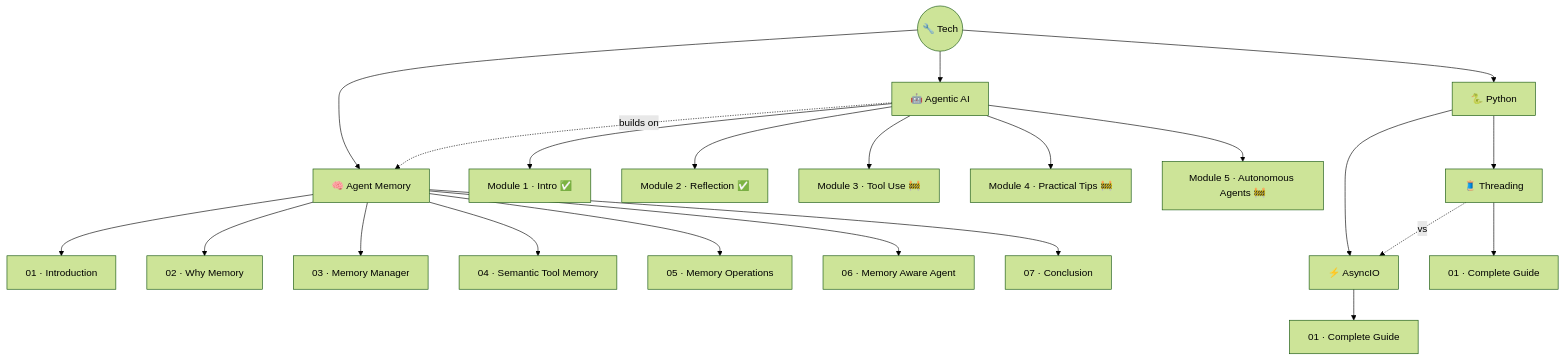
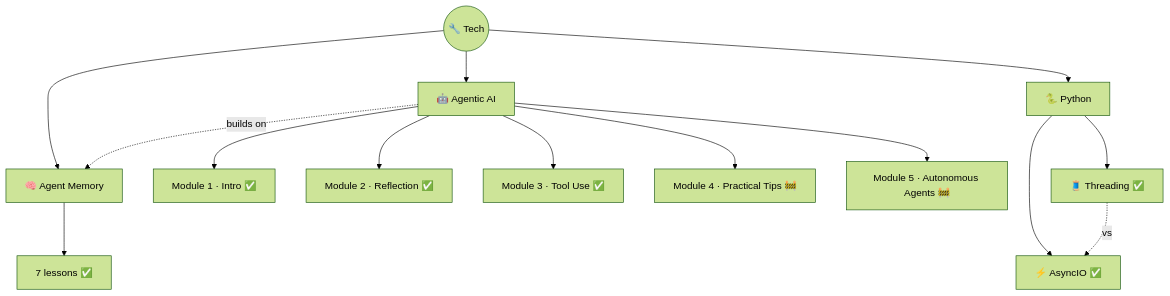
One commit to AyushSonuu/my-memory changed the diagram in _maps/tech.md. Above: the diagram before and after it, drawn with Mermaid (forest theme). The commit also changed other lines of this file and 206 other files, not shown here.

````diff
--- a/_maps/tech.md
+++ b/_maps/tech.md
@@ -5,30 +5,21 @@
 ```mermaid
 graph TB
     T(("🔧 Tech"))
     T --> AG["🤖 Agentic AI"]
     T --> AM["🧠 Agent Memory"]
     T --> PY["🐍 Python"]
     
     AG --> M1["Module 1 · Intro ✅"]
     AG --> M2["Module 2 · Reflection ✅"]
-    AG --> M3["Module 3 · Tool Use 🚧"]
+    AG --> M3["Module 3 · Tool Use ✅"]
     AG --> M4["Module 4 · Practical Tips 🚧"]
     AG --> M5["Module 5 · Autonomous Agents 🚧"]
 
-    AM --> L1["01 · Introduction"]
-    AM --> L2["02 · Why Memory"]
-    AM --> L3["03 · Memory Manager"]
-    AM --> L4["04 · Semantic Tool Memory"]
-    AM --> L5["05 · Memory Operations"]
-    AM --> L6["06 · Memory Aware Agent"]
-    AM --> L7["07 · Conclusion"]
+    AM --> AML["7 lessons ✅"]
 
-    PY --> AIO["⚡ AsyncIO"]
-    AIO --> AIOL1["01 · Complete Guide"]
-    
-    PY --> THR["🧵 Threading"]
-    THR --> THRL1["01 · Complete Guide"]
+    PY --> AIO["⚡ AsyncIO ✅"]
+    PY --> THR["🧵 Threading ✅"]
 
     AG -.->|"builds on"| AM
     THR -.->|"vs"| AIO
 ```
````
